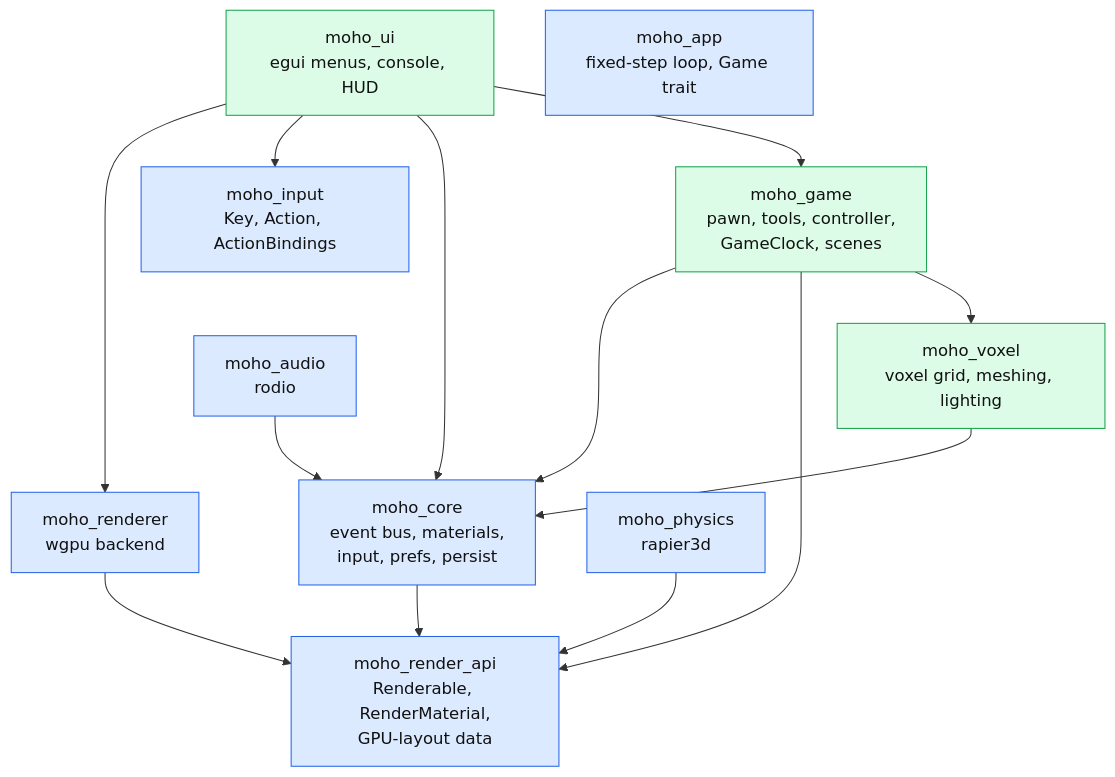
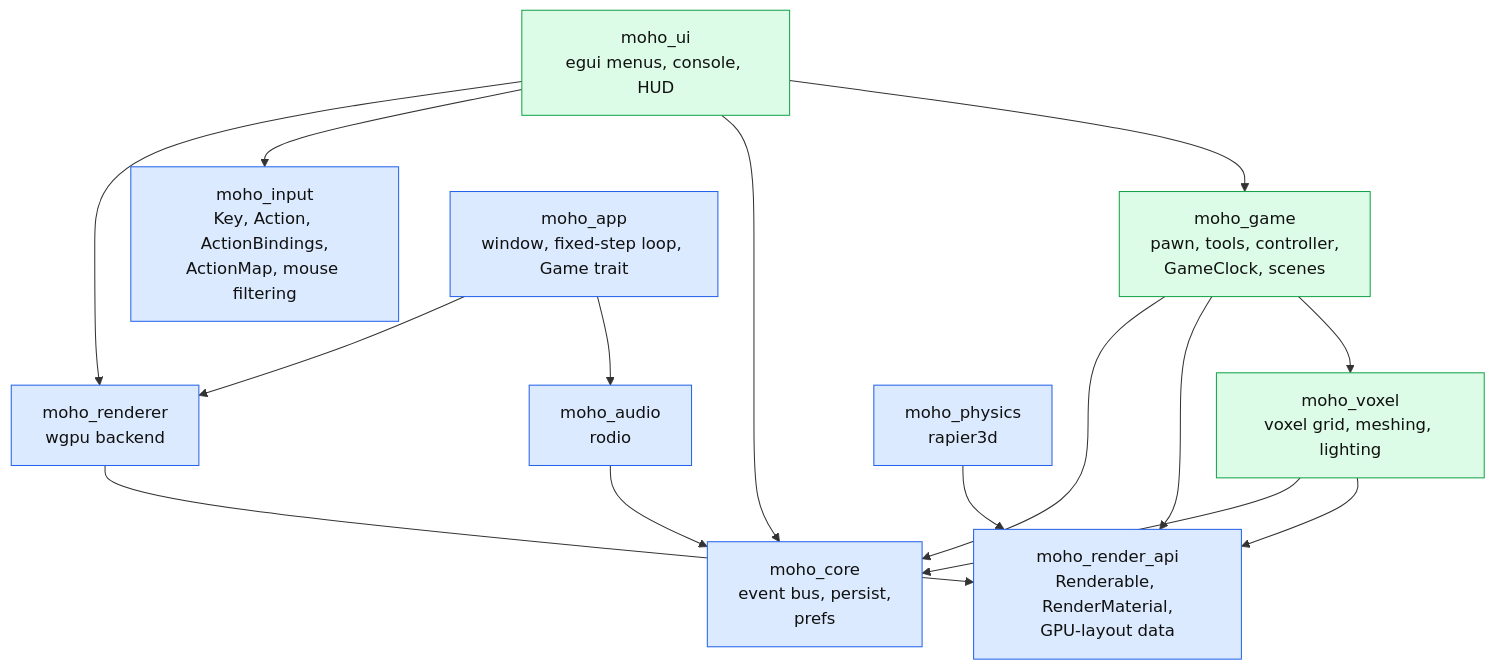
One commit to WrackedFella/moho changed the first of 3 diagrams in wiki/architecture/overview.md. Above: the diagram before and after it, drawn with Mermaid. The commit also changed other lines of this file and 147 other files, not shown here.

First line of the commit message:
refactor(voxel): ENG-F10-04, no engine crate names a voxel type and the layering check covers tests (#255)

````diff
--- a/wiki/architecture/overview.md
+++ b/wiki/architecture/overview.md
@@ -17,25 +17,25 @@
 ```mermaid
 flowchart TD
     ui["moho_ui<br/>egui menus, console, HUD"]:::strategy
     game["moho_game<br/>pawn, tools, controller,<br/>GameClock, scenes"]:::strategy
     voxel["moho_voxel<br/>voxel grid, meshing, lighting"]:::strategy
 
     renderer["moho_renderer<br/>wgpu backend"]:::engine
     rapi["moho_render_api<br/>Renderable, RenderMaterial,<br/>GPU-layout data"]:::engine
-    core["moho_core<br/>event bus, materials,<br/>input, prefs, persist"]:::engine
+    core["moho_core<br/>event bus, persist,<br/>prefs"]:::engine
     audio["moho_audio<br/>rodio"]:::engine
     physics["moho_physics<br/>rapier3d"]:::engine
-    input["moho_input<br/>Key, Action, ActionBindings"]:::engine
-    app["moho_app<br/>fixed-step loop, Game trait"]:::engine
+    input["moho_input<br/>Key, Action, ActionBindings,<br/>ActionMap, mouse filtering"]:::engine
+    app["moho_app<br/>window, fixed-step loop, Game trait"]:::engine
 
     ui --> renderer & input & core & game
     game --> core & rapi & voxel
-    voxel --> core
+    voxel --> core & rapi
     renderer --> rapi
+    app --> renderer & audio
     audio --> core
     physics --> rapi
-    core --> rapi
 
     classDef engine fill:#dbeafe,stroke:#2563eb,color:#111
     classDef strategy fill:#dcfce7,stroke:#16a34a,color:#111
 ```
````
